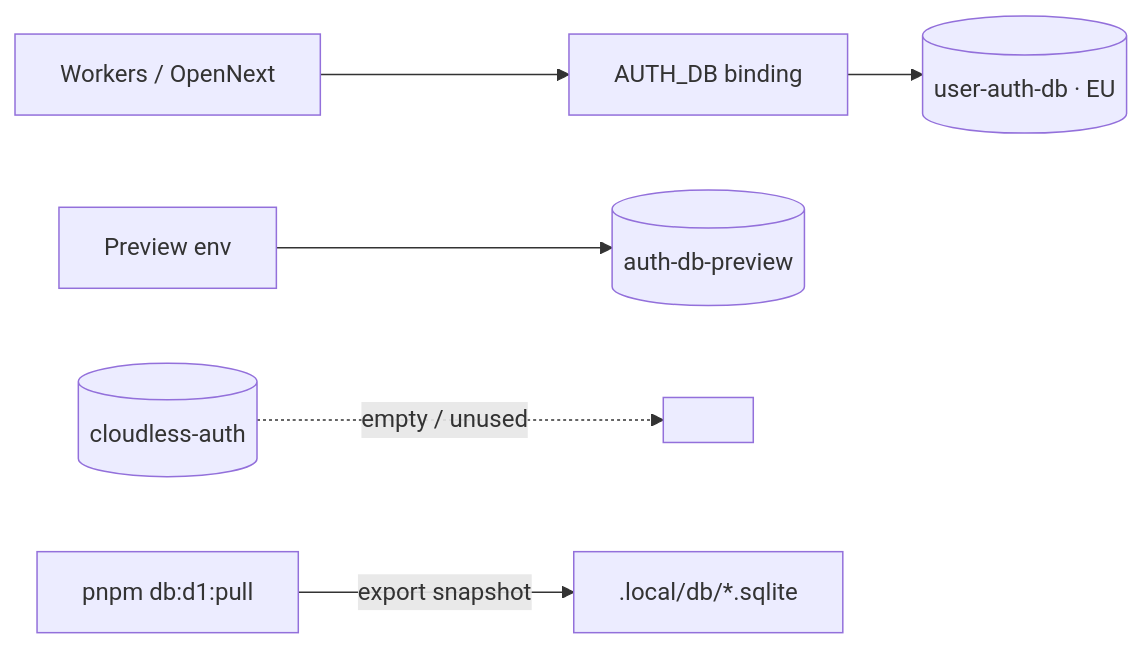
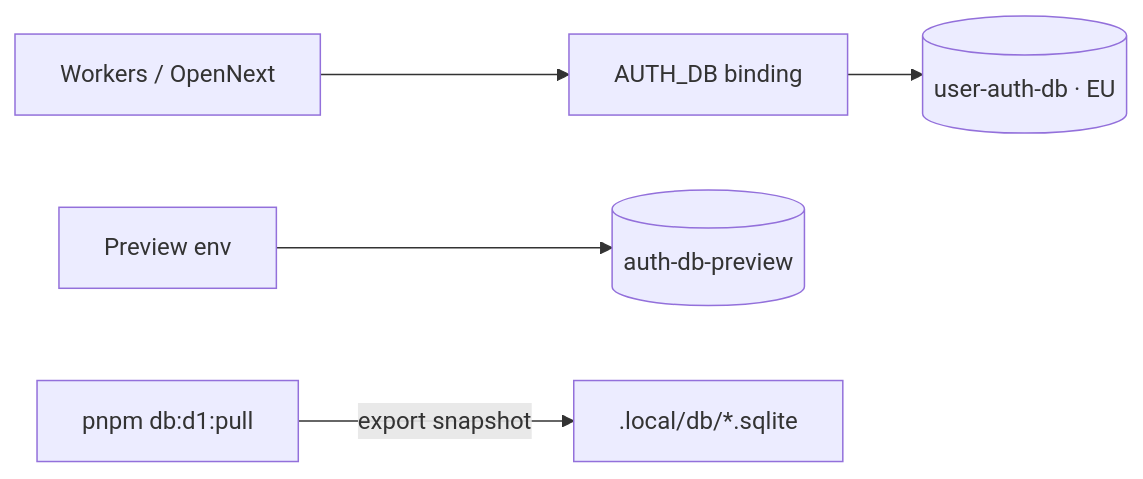
One commit to Themis128/cloudless.gr changed the seventh of 13 diagrams in docs/databases/landscape.md. Above: the diagram before and after it, drawn with Mermaid. The commit also changed other lines of this file and 15 other files, not shown here.

````diff
--- a/docs/databases/landscape.md
+++ b/docs/databases/landscape.md
@@ -203,8 +205,7 @@
 ```mermaid
 flowchart LR
   Worker["Workers / OpenNext"] --> AUTH["AUTH_DB binding"]
   AUTH --> D1[(user-auth-db · EU)]
   Preview["Preview env"] --> D1p[(auth-db-preview)]
-  Orphan[(cloudless-auth)] -.->|empty / unused| X[ ]
   Dev["pnpm db:d1:pull"] -->|export snapshot| Local[".local/db/*.sqlite"]
 ```
````
